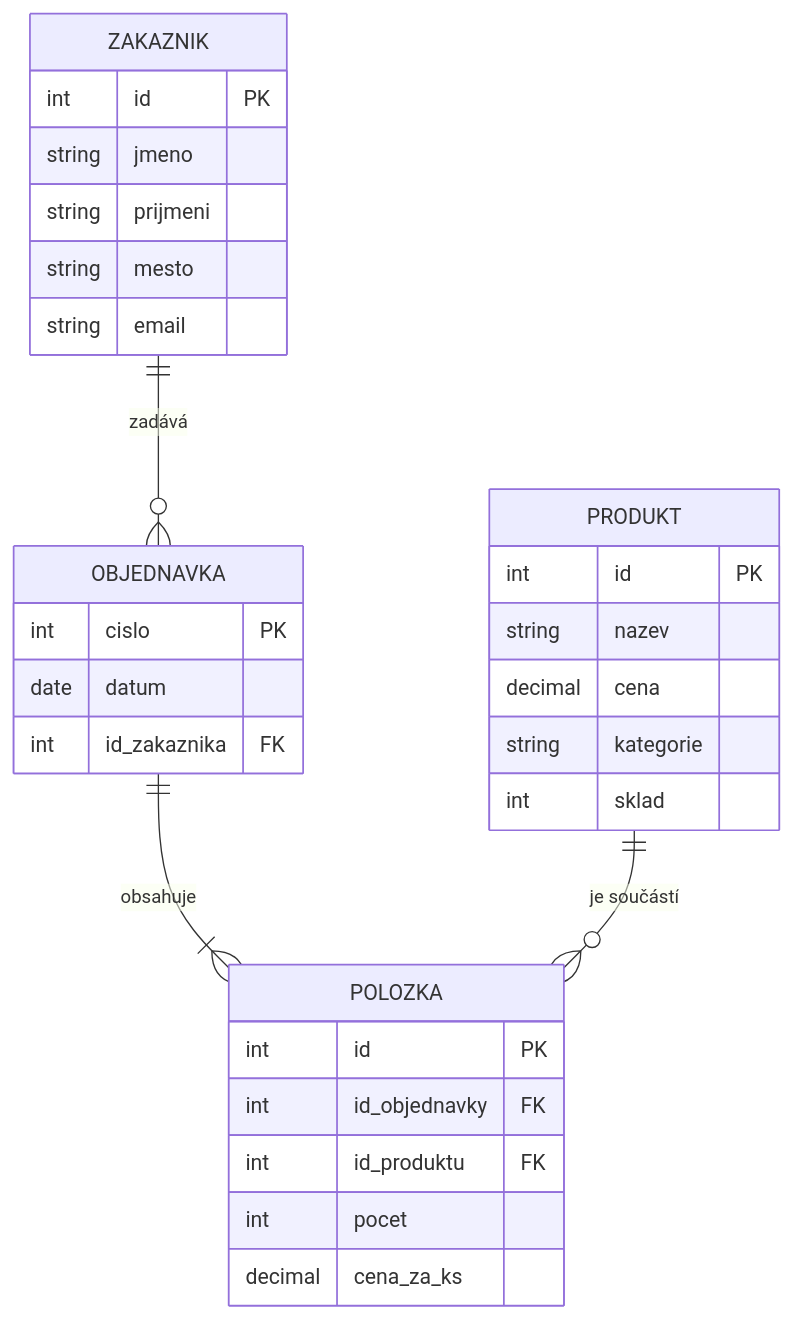
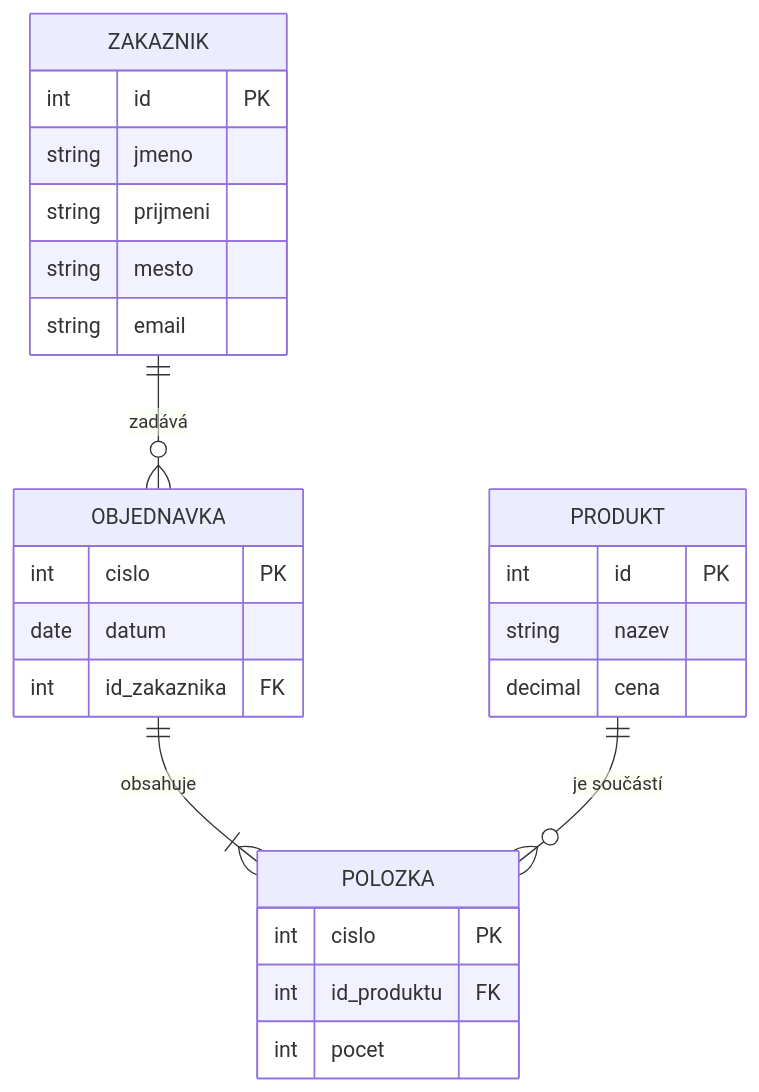
Before and after one commit to AnatoliyGaivoronskiy/as-2026: the diagram in README.md, drawn with Mermaid.

Commit message:
Změna diagramu

````diff
--- a/README.md
+++ b/README.md
@@ -19,33 +19,29 @@
 ```mermaid
 erDiagram
     ZAKAZNIK ||--o{ OBJEDNAVKA : "zadává"
     OBJEDNAVKA ||--|{ POLOZKA : "obsahuje"
     PRODUKT ||--o{ POLOZKA : "je součástí"
 
     ZAKAZNIK {
         int id PK
         string jmeno
         string prijmeni
         string mesto
         string email
     }
     OBJEDNAVKA {
         int cislo PK
         date datum
         int id_zakaznika FK
     }
     PRODUKT {
         int id PK
         string nazev
         decimal cena
-        string kategorie
-        int sklad
     }
     POLOZKA {
-        int id PK
-        int id_objednavky FK
+        int cislo PK
         int id_produktu FK
         int pocet
-        decimal cena_za_ks
     }
 ```
````
